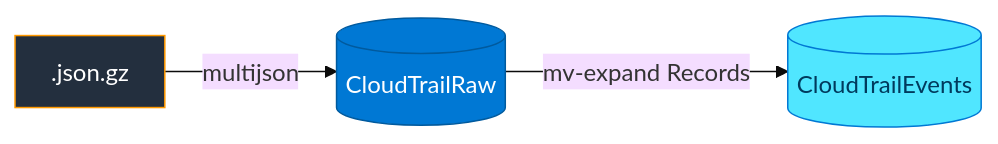
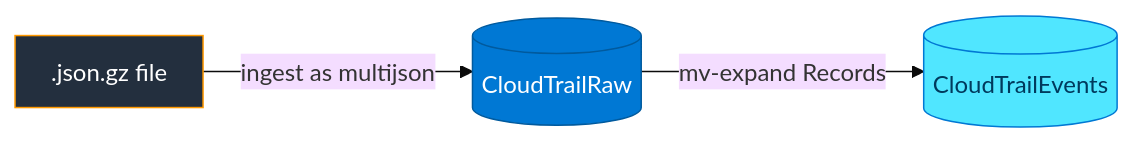
Before and after one commit to atingupta2005/adx-aws-training-aug-26: the second of 2 diagrams in Module_02_AWS_CloudTrail/02_CloudTrail_to_ADX_Concepts.md, drawn with Mermaid. The commit also changed other lines of this file and 5 other files, not shown here.

````diff
--- a/Module_02_AWS_CloudTrail/02_CloudTrail_to_ADX_Concepts.md
+++ b/Module_02_AWS_CloudTrail/02_CloudTrail_to_ADX_Concepts.md
@@ -46,12 +78,12 @@
 ```mermaid
 %%{init: {"theme":"base","flowchart":{"htmlLabels":true,"padding":12}}}%%
 flowchart LR
-  GZ[".json.gz"]
+  GZ[".json.gz file"]
   RAW[("CloudTrailRaw")]
   EVT[("CloudTrailEvents")]
-  GZ -->|"multijson"| RAW
+  GZ -->|"ingest as multijson"| RAW
   RAW -->|"mv-expand Records"| EVT
   style GZ fill:#232F3E,stroke:#FF9900,color:#fff
   style RAW fill:#0078D4,stroke:#005A9E,color:#fff
   style EVT fill:#50E6FF,stroke:#0078D4,color:#003A5D
 ```
````
